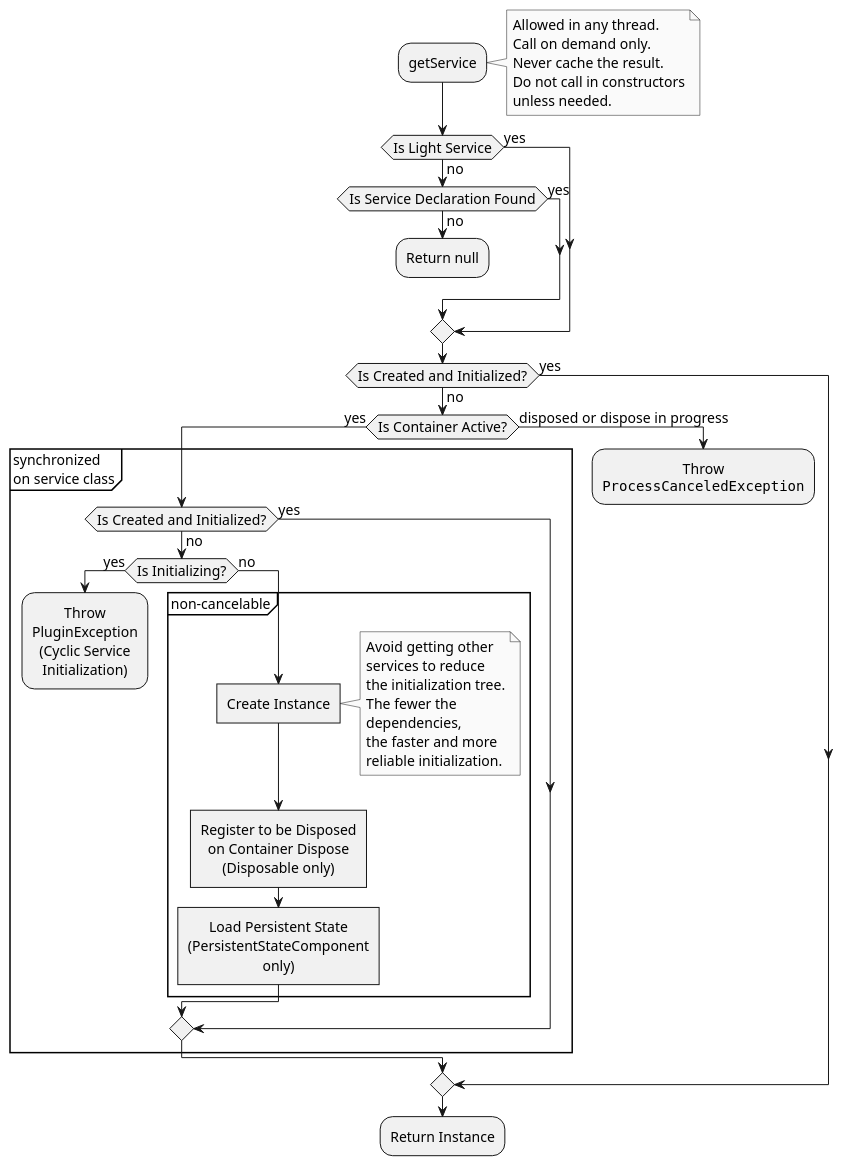
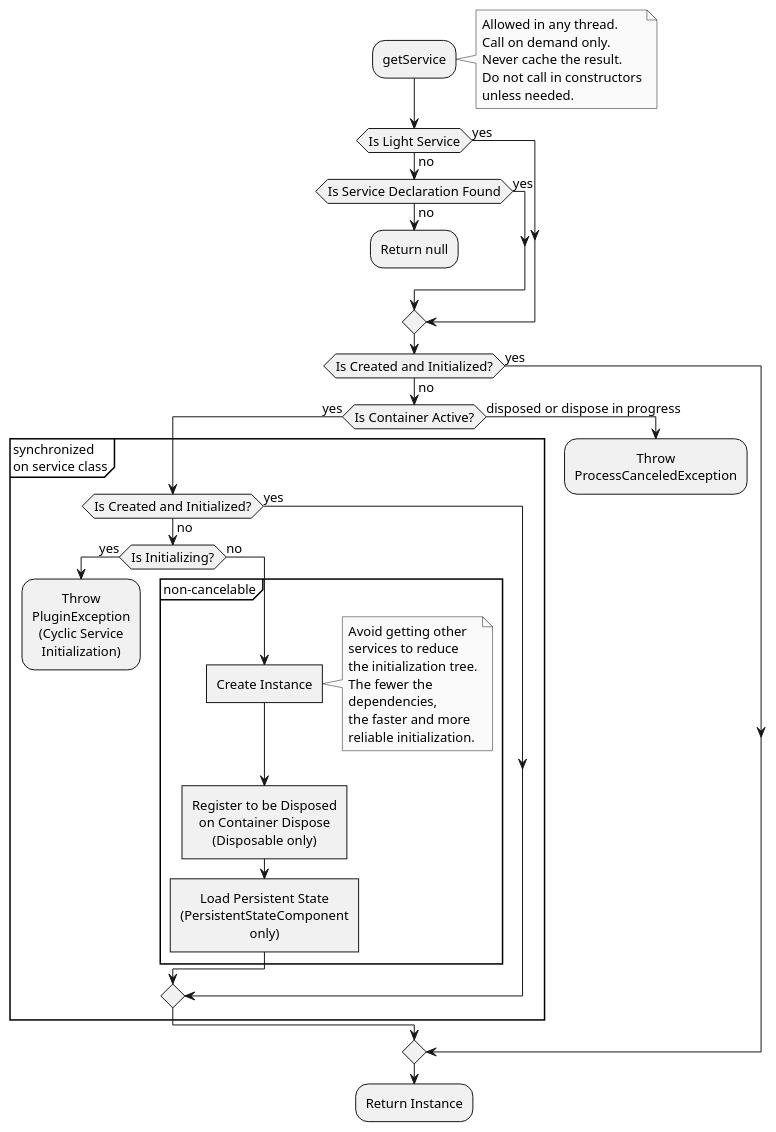
One commit to JetBrains/intellij-sdk-docs changed the diagram in topics/basics/plugin_structure/plugin_services.md. Above: the diagram before and after it, drawn with PlantUML.

Commit message:
Cleanups

````diff
--- a/topics/basics/plugin_structure/plugin_services.md
+++ b/topics/basics/plugin_structure/plugin_services.md
@@ -313,77 +313,77 @@
 ```plantuml
 @startuml
 skinparam monochrome true
 skinparam DefaultFontName JetBrains Sans
-skinparam DefaultFontSize 14
+skinparam DefaultFontSize 13
 skinparam DefaultTextAlignment center
 skinparam NoteTextAlignment left
 
 ' default 1.5
 skinparam ActivityBorderThickness 1
 ' default 2
 skinparam PartitionBorderThickness 1.5
 
 :getService;
 note right
   Allowed in any thread.
   Call on demand only.
   Never cache the result.
   Do not call in constructors
   unless needed.
 end note
 
 if (Is Light Service) then (yes)
 else (no)
   if (Is Service Declaration Found) then (yes)
   else (no)
     :Return null;
     detach
   endif
 endif
 
 if (Is Created and Initialized?) then (yes)
 else (no)
   if (Is Container Active?) then (yes)
     partition "synchronized\non service class" {
       if (Is Created and Initialized?) then (yes)
       else (no)
         if (Is Initializing?) then (yes)
           :Throw
           PluginException
           (Cyclic Service
           Initialization);
           detach
         else (no)
           partition "non-cancelable" {
             :Create Instance]
             note right
               Avoid getting other
               services to reduce
               the initialization tree.
               The fewer the
               dependencies,
               the faster and more
               reliable initialization.
             end note
 
             :Register to be Disposed
             on Container Dispose
             (Disposable only)]
             :Load Persistent State
             (PersistentStateComponent
             only)]
           }
         endif
       endif
     }
   else (disposed or dispose in progress)
     :Throw
-    ""ProcessCanceledException"";
+    ProcessCanceledException;
     detach
   endif
 endif
 
 :Return Instance;
 
 @enduml
 ```
````
